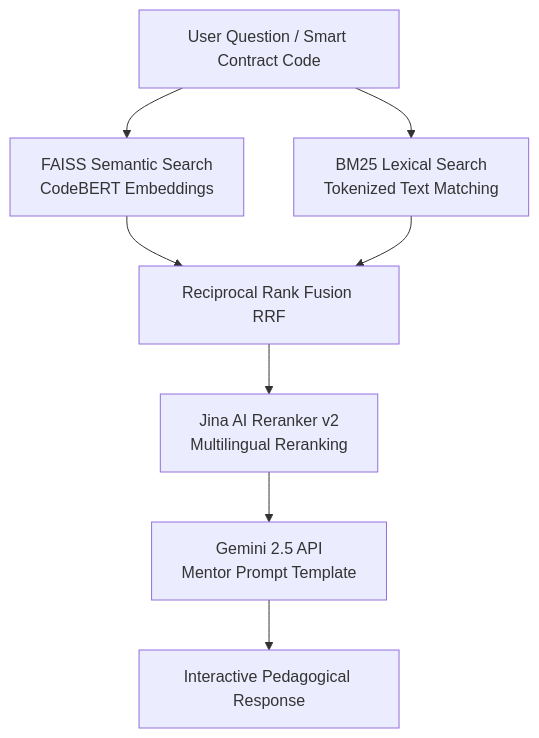
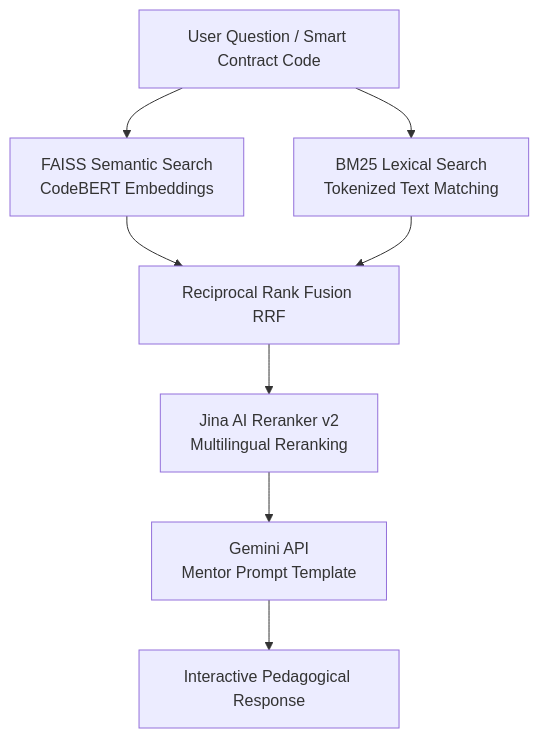
The diagram in README.md (DuyDo1007/RAG_blockchain), drawn with Mermaid before and after one commit. The commit also changed other lines of this file, not shown here.

````diff
--- a/README.md
+++ b/README.md
@@ -28,10 +26,10 @@
 ```mermaid
 graph TD
     UserQuery[User Question / Smart Contract Code] --> FAISS[FAISS Semantic Search <br/> CodeBERT Embeddings]
     UserQuery --> BM25[BM25 Lexical Search <br/> Tokenized Text Matching]
     FAISS --> RRF[Reciprocal Rank Fusion RRF]
     BM25 --> RRF
     RRF --> Jina[Jina AI Reranker v2 <br/> Multilingual Reranking]
-    Jina --> Gemini[Gemini 2.5 API <br/> Mentor Prompt Template]
+    Jina --> Gemini[Gemini API <br/> Mentor Prompt Template]
     Gemini --> FinalAnswer[Interactive Pedagogical Response]
 ```
````
